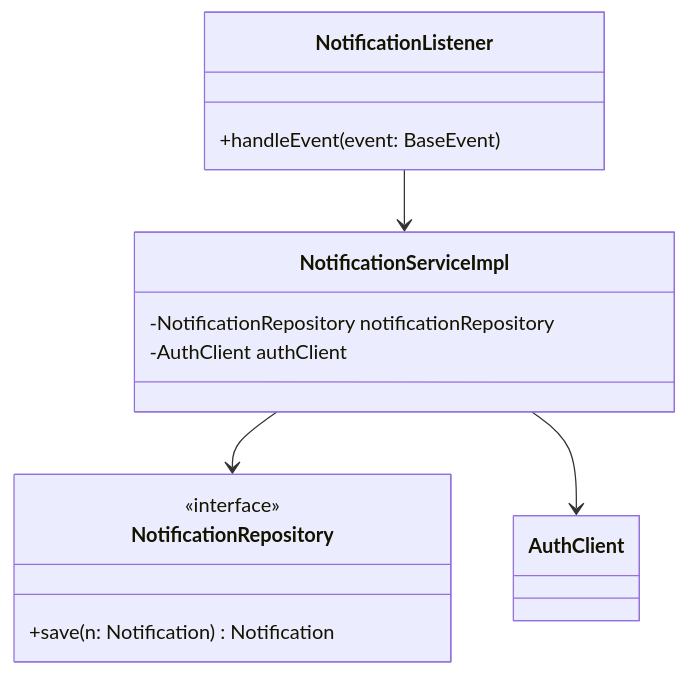
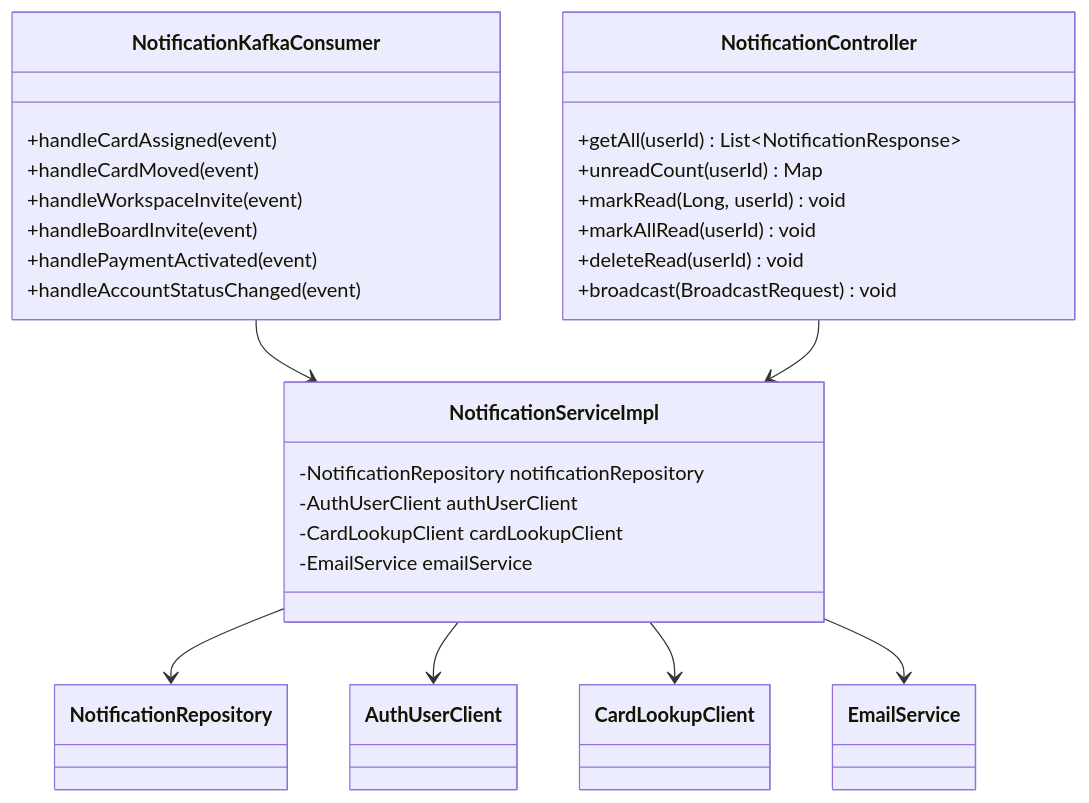
The second of 4 diagrams in docs/services/notification-service/diagrams.md (Prashant-kumar-sharma/FlowBoard-Backend), drawn with Mermaid before and after one commit. The commit also changed other lines of this file and 10 other files, not shown here.

Commit message:
[Prashant] : Added Diagrams for all the services

````diff
--- a/docs/services/notification-service/diagrams.md
+++ b/docs/services/notification-service/diagrams.md
@@ -16,17 +20,34 @@
 ```mermaid
 classDiagram
-    class NotificationListener {
-        +handleEvent(event: BaseEvent)
+    class NotificationKafkaConsumer {
+        +handleCardAssigned(event)
+        +handleCardMoved(event)
+        +handleWorkspaceInvite(event)
+        +handleBoardInvite(event)
+        +handlePaymentActivated(event)
+        +handleAccountStatusChanged(event)
     }
+
+    class NotificationController {
+        +getAll(userId) List~NotificationResponse~
+        +unreadCount(userId) Map
+        +markRead(Long, userId) void
+        +markAllRead(userId) void
+        +deleteRead(userId) void
+        +broadcast(BroadcastRequest) void
+    }
+
     class NotificationServiceImpl {
         -NotificationRepository notificationRepository
-        -AuthClient authClient
+        -AuthUserClient authUserClient
+        -CardLookupClient cardLookupClient
+        -EmailService emailService
     }
-    class NotificationRepository {
-        <<interface>>
-        +save(n: Notification) Notification
-    }
-    NotificationListener --> NotificationServiceImpl
+
+    NotificationKafkaConsumer --> NotificationServiceImpl
+    NotificationController --> NotificationServiceImpl
     NotificationServiceImpl --> NotificationRepository
-    NotificationServiceImpl --> AuthClient
+    NotificationServiceImpl --> AuthUserClient
+    NotificationServiceImpl --> CardLookupClient
+    NotificationServiceImpl --> EmailService
 ```
````
